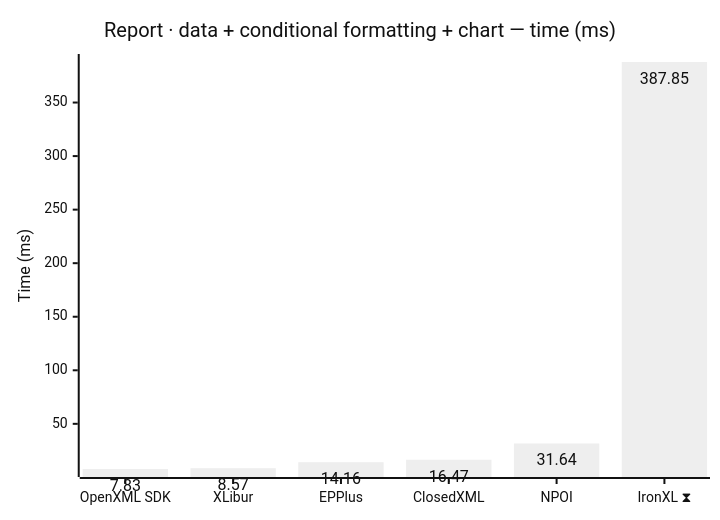
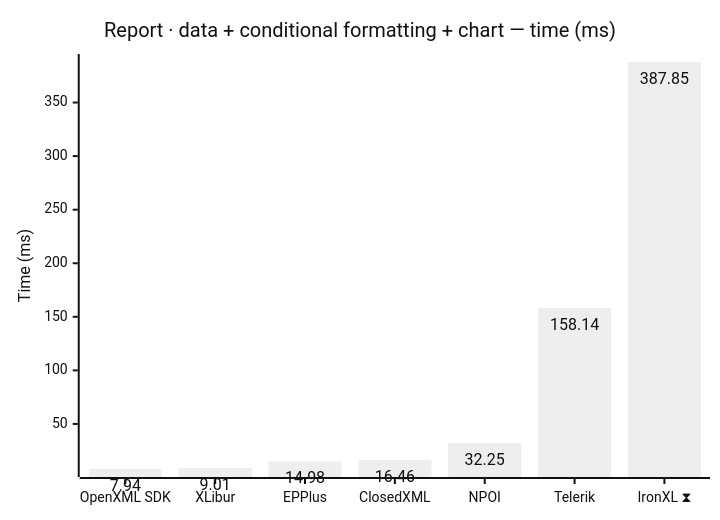
The seventh of 12 diagrams in docs/results.md (jafin/XLBench), drawn with Mermaid (neutral theme) before and after one commit. The commit also changed other lines of this file and 3 other files, not shown here.

````diff
--- a/docs/results.md
+++ b/docs/results.md
@@ -117,12 +118,12 @@
 ```mermaid
 ---
 config:
   xyChart:
     showDataLabel: true
 ---
 xychart-beta
     title "Report · data + conditional formatting + chart — time (ms)"
-    x-axis ["OpenXML SDK", "XLibur", "EPPlus", "ClosedXML", "NPOI", "IronXL ⧗"]
+    x-axis ["OpenXML SDK", "XLibur", "EPPlus", "ClosedXML", "NPOI", "Telerik", "IronXL ⧗"]
     y-axis "Time (ms)"
-    bar [7.83, 8.57, 14.16, 16.47, 31.64, 387.85]
+    bar [7.94, 9.01, 14.98, 16.46, 32.25, 158.14, 387.85]
 ```
````
